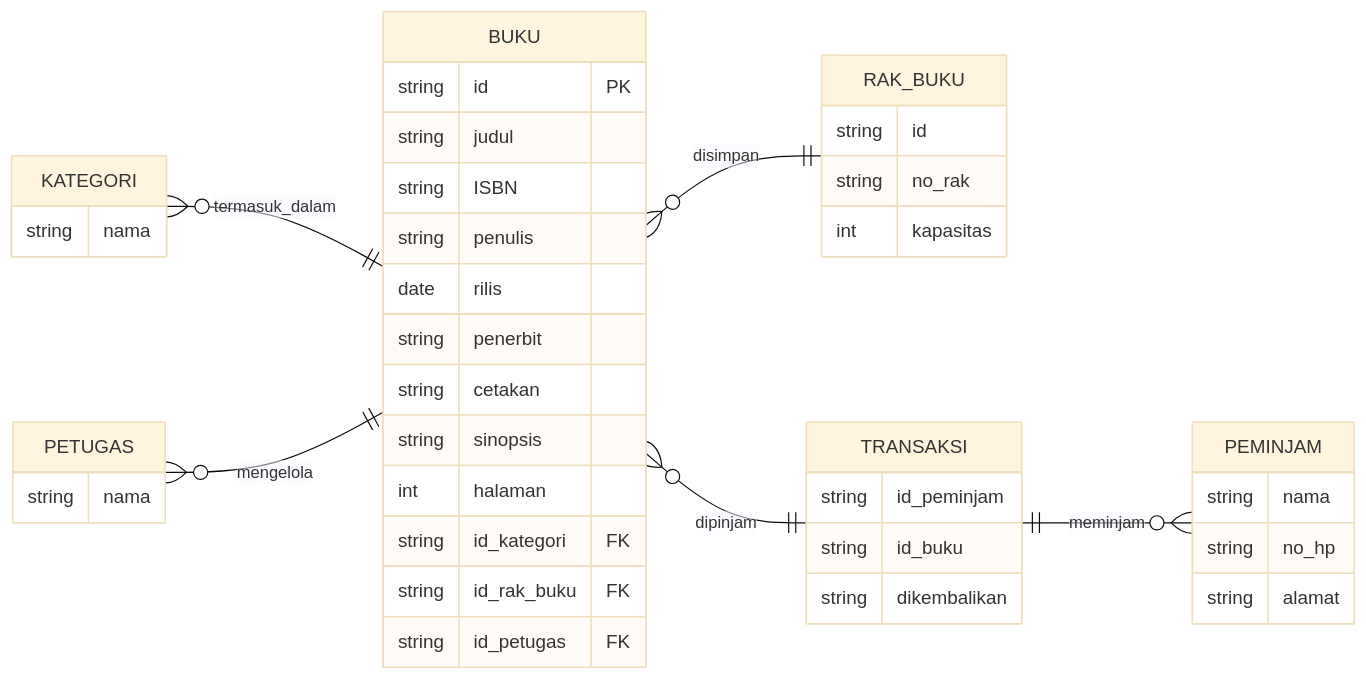
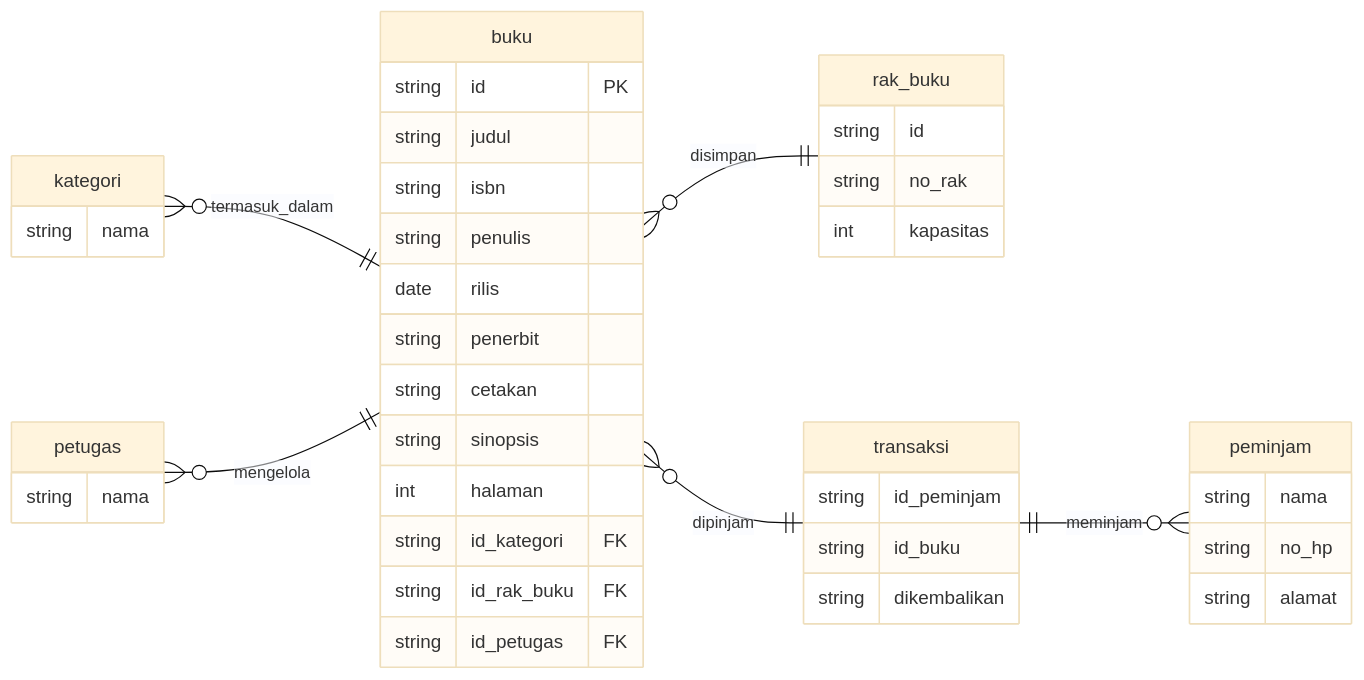
One commit to devbydenis/fgo24-db-erd changed the diagram in README.md. Above: the diagram before and after it, drawn with Mermaid (base theme).

Commit message:
fix: writing case into lowercase and snake_case

````diff
--- a/README.md
+++ b/README.md
@@ -1,50 +1,50 @@
 ```mermaid
 erDiagram
   direction rl
-  BUKU ||--o{ KATEGORI : termasuk_dalam
-  RAK_BUKU ||--o{ BUKU: disimpan
-  BUKU ||--o{ PETUGAS: mengelola
-  PEMINJAM }o--|| TRANSAKSI: meminjam
-  TRANSAKSI ||--o{ BUKU: dipinjam
+  buku ||--o{ kategori : termasuk_dalam
+  rak_buku ||--o{ buku: disimpan
+  buku ||--o{ petugas: mengelola
+  peminjam }o--|| transaksi: meminjam
+  transaksi ||--o{ buku: dipinjam
   
-  BUKU {
+  buku {
     string    id            PK
     string    judul
-    string    ISBN
+    string    isbn
     string    penulis
     date      rilis
     string    penerbit
     string    cetakan
     string    sinopsis
     int       halaman
     string    id_kategori   FK
     string    id_rak_buku   FK
     string    id_petugas    FK
   }
-  KATEGORI {
+  kategori {
     string    nama
   }
   
-  RAK_BUKU{
+  rak_buku{
     string    id
     string    no_rak
     int       kapasitas
   }
 
-  PETUGAS {
+  petugas {
     string    nama
   }
 
-  PEMINJAM {
+  peminjam {
     string    nama
     string    no_hp
     string    alamat
   }
 
-  TRANSAKSI {
+  transaksi {
     string    id_peminjam
     string    id_buku
     string    dikembalikan
   }
 
 ```
````
